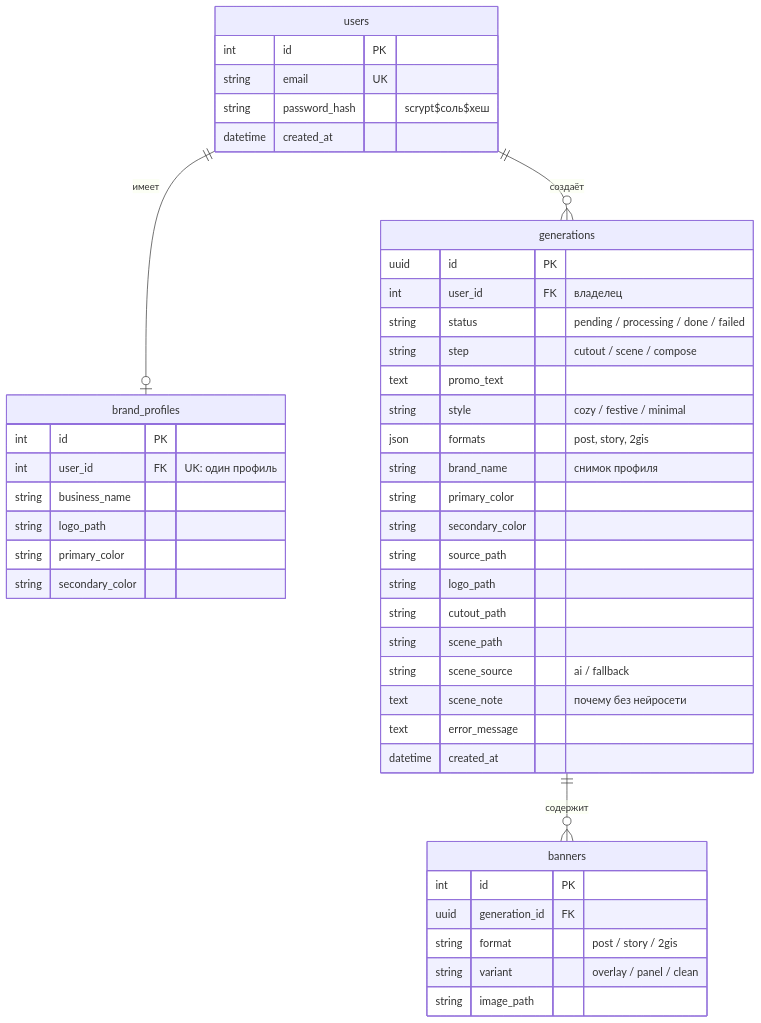
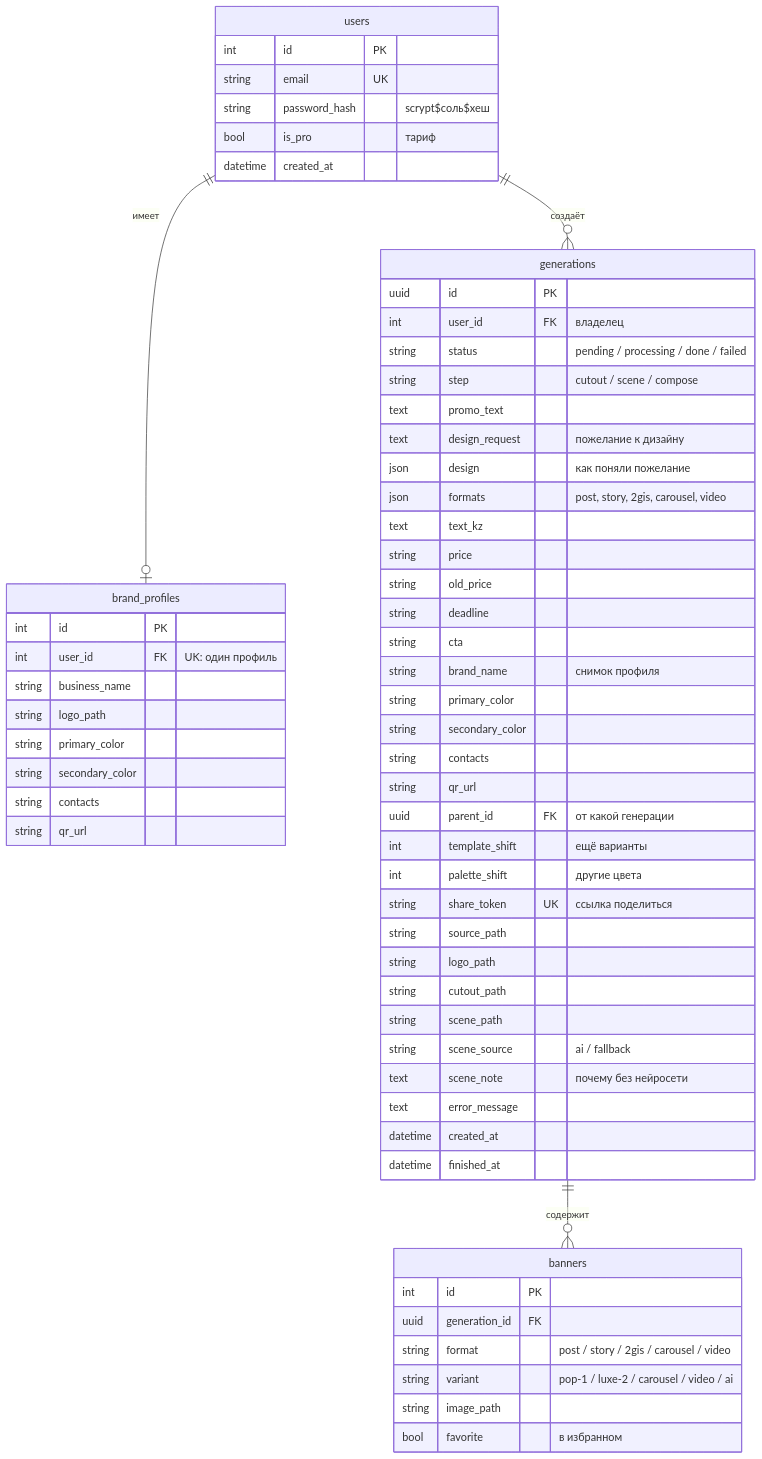
Before and after one commit to Aqudai/ADGen_AI1: the fourth of 4 diagrams in docs/ARCHITECTURE.md, drawn with Mermaid. The commit also changed other lines of this file and 4 other files, not shown here.

````diff
--- a/docs/ARCHITECTURE.md
+++ b/docs/ARCHITECTURE.md
@@ -132,48 +132,65 @@
 ```mermaid
 erDiagram
     users ||--o| brand_profiles : "имеет"
     users ||--o{ generations : "создаёт"
     generations ||--o{ banners : "содержит"
 
     users {
         int id PK
         string email UK
         string password_hash "scrypt$соль$хеш"
+        bool is_pro "тариф"
         datetime created_at
     }
     brand_profiles {
         int id PK
         int user_id FK "UK: один профиль"
         string business_name
         string logo_path
         string primary_color
         string secondary_color
+        string contacts
+        string qr_url
     }
     generations {
         uuid id PK
         int user_id FK "владелец"
         string status "pending / processing / done / failed"
         string step "cutout / scene / compose"
         text promo_text
-        string style "cozy / festive / minimal"
-        json formats "post, story, 2gis"
+        text design_request "пожелание к дизайну"
+        json design "как поняли пожелание"
+        json formats "post, story, 2gis, carousel, video"
+        text text_kz
+        string price
+        string old_price
+        string deadline
+        string cta
         string brand_name "снимок профиля"
         string primary_color
         string secondary_color
+        string contacts
+        string qr_url
+        uuid parent_id FK "от какой генерации"
+        int template_shift "ещё варианты"
+        int palette_shift "другие цвета"
+        string share_token UK "ссылка поделиться"
         string source_path
         string logo_path
         string cutout_path
         string scene_path
         string scene_source "ai / fallback"
         text scene_note "почему без нейросети"
         text error_message
         datetime created_at
+        datetime finished_at
     }
     banners {
         int id PK
         uuid generation_id FK
-        string format "post / story / 2gis"
-        string variant "overlay / panel / clean"
+        string format "post / story / 2gis / carousel / video"
+        string variant "pop-1 / luxe-2 / carousel / video / ai"
         string image_path
+        bool favorite "в избранном"
     }
 ```
````
